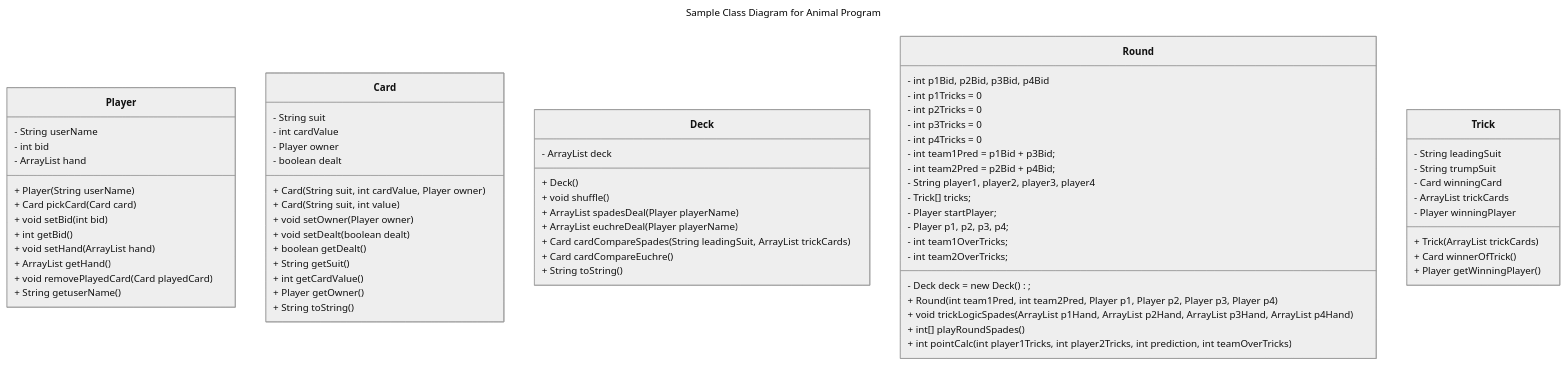
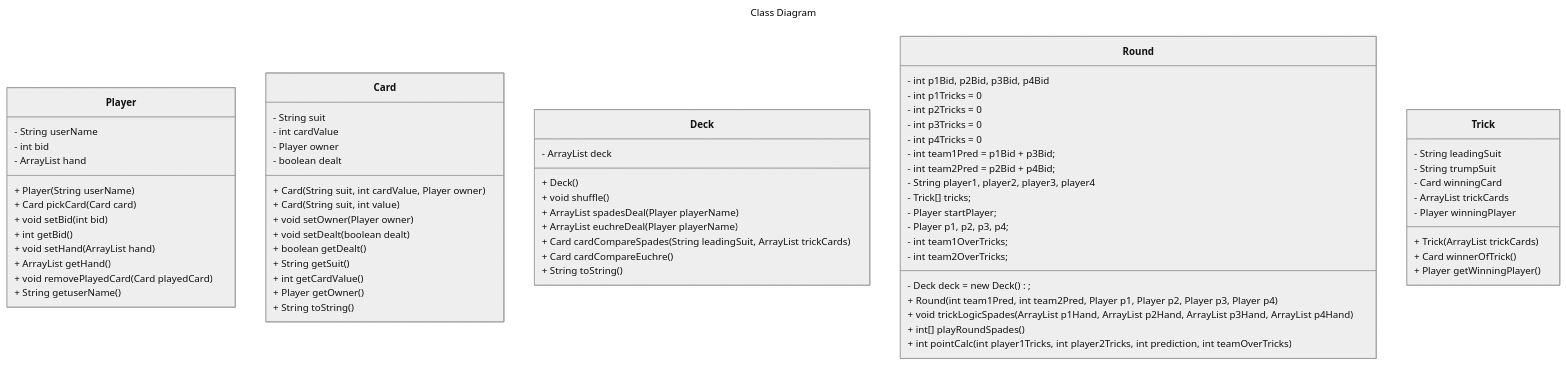
Before and after one commit to NellyBoi18/Deckd-Out: the second of 5 diagrams in README.md, drawn with Mermaid (neutral theme).

````diff
--- a/README.md
+++ b/README.md
@@ -218,78 +218,78 @@
 ```mermaid
 ---
-title: Sample Class Diagram for Animal Program
+title: Class Diagram
 ---
 classDiagram
     class Player {
         - String userName
         - int bid 
         - ArrayList<Card> hand
         + Player(String userName)
         + Card pickCard(Card card)
         + void setBid(int bid)
         + int getBid()
         + void setHand(ArrayList<Card> hand)
         + ArrayList<Card> getHand()
         + void removePlayedCard(Card playedCard)
         + String getuserName()
     }
 
     class Card {
         - String suit 
         - int cardValue 
         - Player owner 
         - boolean dealt 
         + Card(String suit, int cardValue, Player owner)
         + Card(String suit, int value)
         + void setOwner(Player owner)
         + void setDealt(boolean dealt)
         + boolean getDealt()
         + String getSuit()
         + int getCardValue()
         + Player getOwner()
         + String toString()
     }
 
     class Deck {
         - ArrayList<Card> deck
         + Deck()
         + void shuffle()
         + ArrayList<Card> spadesDeal(Player playerName)
         + ArrayList<Card> euchreDeal(Player playerName)
         + Card cardCompareSpades(String leadingSuit, ArrayList<Card> trickCards)
         + Card cardCompareEuchre()
         + String toString()
     }
     
     class Round {
         - int p1Bid, p2Bid, p3Bid, p4Bid
         - int p1Tricks = 0
         - int p2Tricks = 0
         - int p3Tricks = 0
         - int p4Tricks = 0
         - int team1Pred = p1Bid + p3Bid;
         - int team2Pred = p2Bid + p4Bid;
         - String player1, player2, player3, player4
         - Trick[] tricks; 
         - Player startPlayer;
         - Deck deck = new Deck();
         - Player p1, p2, p3, p4;
         - int team1OverTricks;
         - int team2OverTricks;
         + Round(int team1Pred, int team2Pred, Player p1, Player p2, Player p3, Player p4)
         + void trickLogicSpades(ArrayList<Card> p1Hand, ArrayList<Card> p2Hand, ArrayList<Card> p3Hand, ArrayList<Card> p4Hand)
         + int[] playRoundSpades()
         + int pointCalc(int player1Tricks, int player2Tricks, int prediction, int teamOverTricks)
     }
 
     class Trick {
         - String leadingSuit
         - String trumpSuit
         - Card winningCard
         - ArrayList<Card> trickCards
         - Player winningPlayer
         + Trick(ArrayList<Card> trickCards)
         + Card winnerOfTrick()
         + Player getWinningPlayer()
     }
 ```
````
